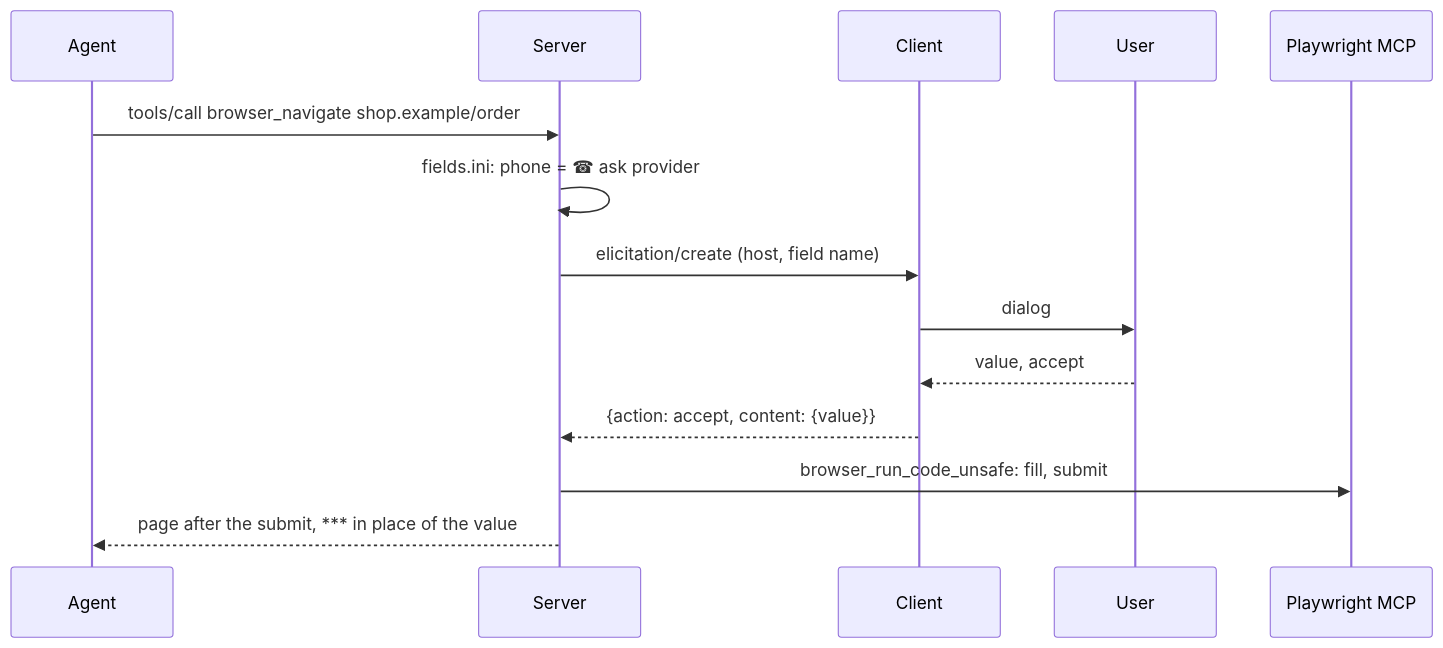
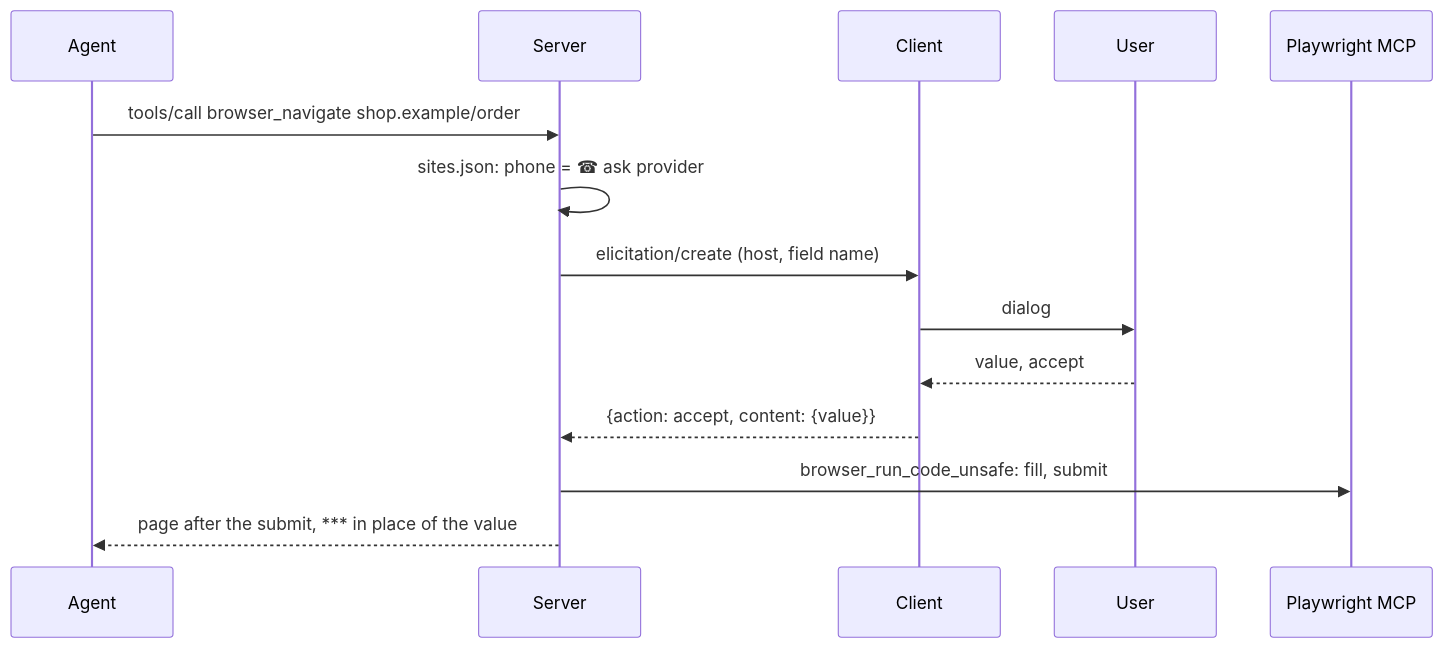
The ninth of 9 diagrams in tools/browser-automation-x-mcp/sdd/DESIGN.md (npstash/shared), drawn with Mermaid before and after one commit. The commit also changed other lines of this file and 51 other files, not shown here.

Commit message:
browser-automation-x-mcp: JSON configs, provider kinds with value matching, discovery into sites.json, approval providers

````diff
--- a/tools/browser-automation-x-mcp/sdd/DESIGN.md
+++ b/tools/browser-automation-x-mcp/sdd/DESIGN.md
@@ -282,11 +349,11 @@
 ```mermaid
 sequenceDiagram
     Agent->>Server: tools/call browser_navigate shop.example/order
-    Server->>Server: fields.ini: phone = #phone; ask provider
+    Server->>Server: sites.json: phone = #phone; ask provider
     Server->>Client: elicitation/create (host, field name)
     Client->>User: dialog
     User-->>Client: value, accept
     Client-->>Server: {action: accept, content: {value}}
     Server->>Playwright MCP: browser_run_code_unsafe: fill, submit
     Server-->>Agent: page after the submit, *** in place of the value
 ```
````
